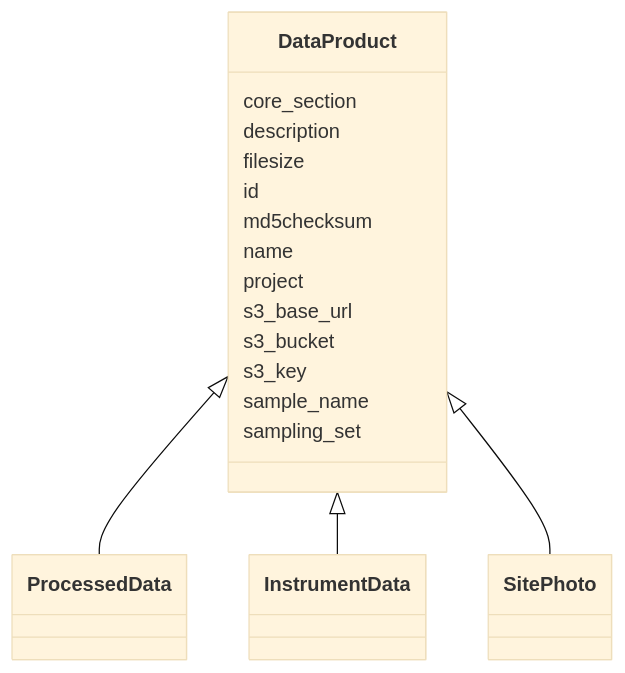
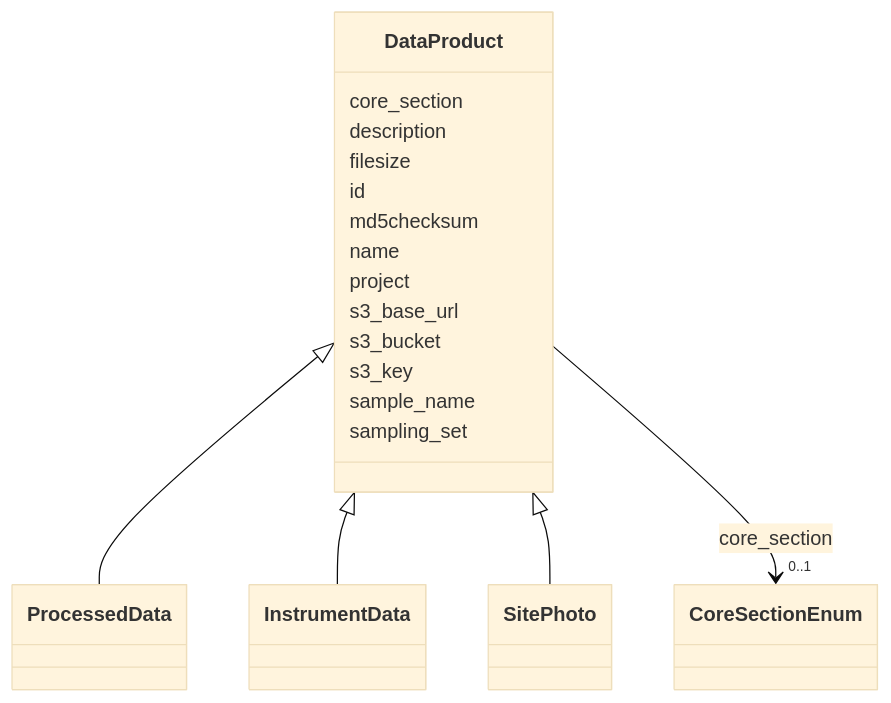
The diagram in docs/elements/DataProduct.md (EMSL-Computing/BASALT-Schema), drawn with Mermaid (base theme) before and after one commit. The commit also changed other lines of this file and 388 other files, not shown here.

````diff
--- a/docs/elements/DataProduct.md
+++ b/docs/elements/DataProduct.md
@@ -27,42 +27,52 @@
 ```mermaid
  classDiagram
     class DataProduct
     click DataProduct href "../DataProduct"
       DataProduct <|-- ProcessedData
         click ProcessedData href "../ProcessedData"
       DataProduct <|-- InstrumentData
         click InstrumentData href "../InstrumentData"
       DataProduct <|-- SitePhoto
         click SitePhoto href "../SitePhoto"
       
       DataProduct : core_section
+        
+          
+    
+    
+    
+    
+    DataProduct --> "0..1" CoreSectionEnum : core_section
+    click CoreSectionEnum href "../CoreSectionEnum"
+    
+
         
       DataProduct : description
         
       DataProduct : filesize
         
       DataProduct : id
         
           
     
     
 
         
       DataProduct : md5checksum
         
       DataProduct : name
         
       DataProduct : project
         
       DataProduct : s3_base_url
         
       DataProduct : s3_bucket
         
       DataProduct : s3_key
         
       DataProduct : sample_name
         
       DataProduct : sampling_set
         
       
 ```
````
